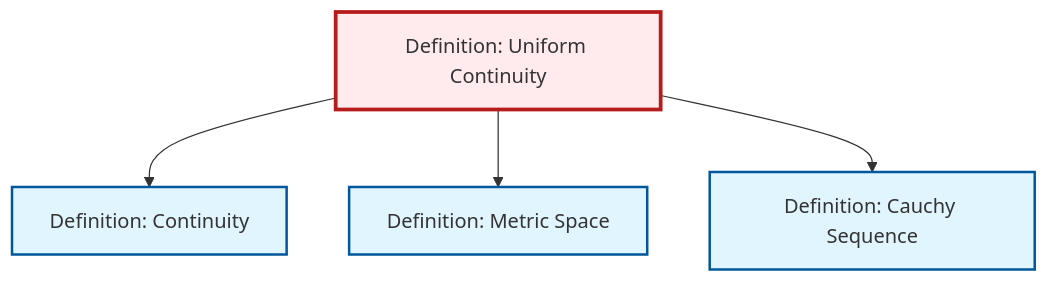
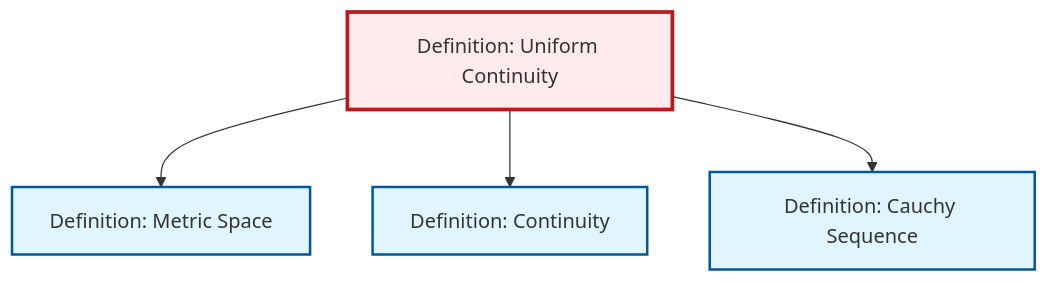
One commit to RK0429/ModernMath changed the diagram in output/mermaid/en/def-uniform-continuity.mermaid. Above: the diagram before and after it, drawn with Mermaid. The commit also changed 672 other files, not shown here.

```diff
--- a/output/mermaid/en/def-uniform-continuity.mermaid
+++ b/output/mermaid/en/def-uniform-continuity.mermaid
@@ -1,15 +1,14 @@
-%%| fig-cap: "Local dependency graph"
 graph TD
     classDef definition fill:#e1f5fe,stroke:#01579b,stroke-width:2px
     classDef theorem fill:#f3e5f5,stroke:#4a148c,stroke-width:2px
     classDef axiom fill:#fff3e0,stroke:#e65100,stroke-width:2px
     classDef example fill:#e8f5e9,stroke:#1b5e20,stroke-width:2px
     classDef current fill:#ffebee,stroke:#b71c1c,stroke-width:3px
+    def-cauchy-sequence["Definition: Cauchy Sequence"]:::definition
     def-continuity["Definition: Continuity"]:::definition
     def-uniform-continuity["Definition: Uniform Continuity"]:::definition
     def-metric-space["Definition: Metric Space"]:::definition
-    def-cauchy-sequence["Definition: Cauchy Sequence"]:::definition
+    def-uniform-continuity --> def-metric-space
     def-uniform-continuity --> def-continuity
-    def-uniform-continuity --> def-metric-space
     def-uniform-continuity --> def-cauchy-sequence
     class def-uniform-continuity current
```
